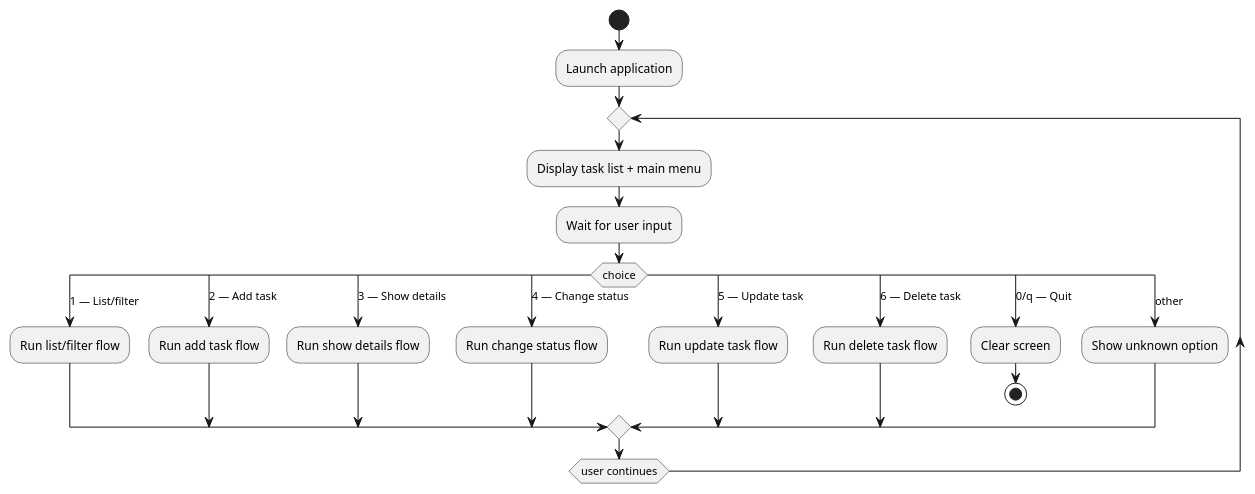
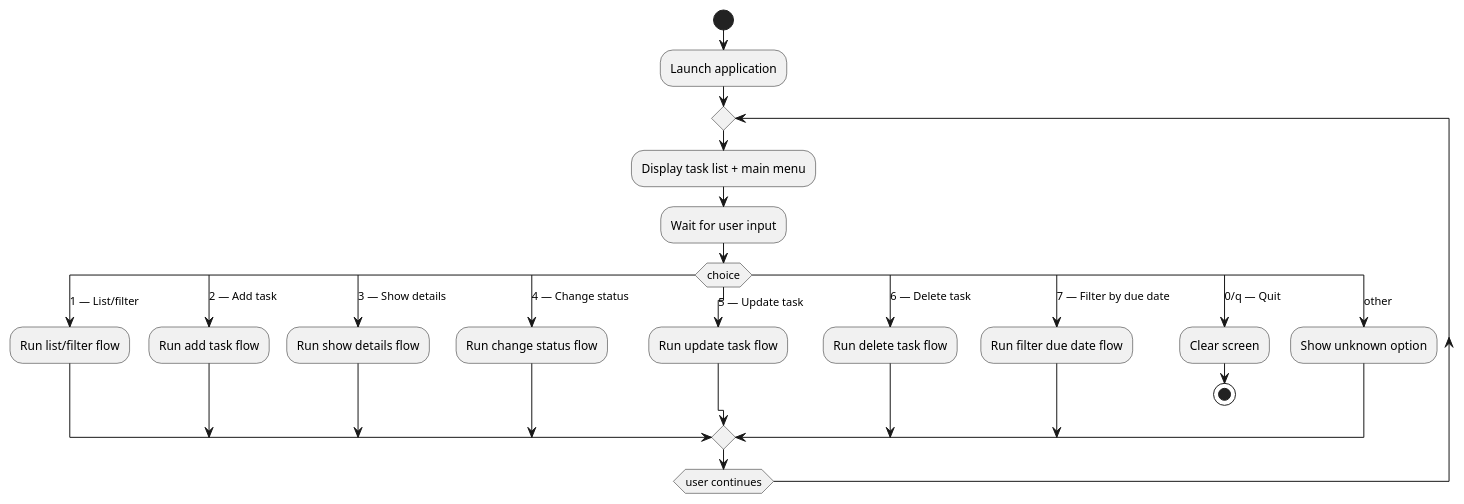
The diagram in experiments/pipeline/test_driven/TODO/artifacts/activity_diagram.puml (DanielRiha8906/Software_autoevolution_using_agents), drawn with PlantUML before and after one commit. The commit also changed 7 other files, not shown here.

First line of the commit message:
Task 05: Extend list_tasks with due date filtering

```diff
--- a/experiments/pipeline/test_driven/TODO/artifacts/activity_diagram.puml
+++ b/experiments/pipeline/test_driven/TODO/artifacts/activity_diagram.puml
@@ -1,32 +1,34 @@
 @startuml
 
 start
 :Launch application;
 
 repeat
   :Display task list + main menu;
   :Wait for user input;
 
   switch (choice)
     case (1 — List/filter)
       :Run list/filter flow;
     case (2 — Add task)
       :Run add task flow;
     case (3 — Show details)
       :Run show details flow;
     case (4 — Change status)
       :Run change status flow;
     case (5 — Update task)
       :Run update task flow;
     case (6 — Delete task)
       :Run delete task flow;
+    case (7 — Filter by due date)
+      :Run filter due date flow;
     case (0/q — Quit)
       :Clear screen;
       stop
     case (other)
       :Show unknown option;
   endswitch
 
 repeat while (user continues)
 
 @enduml
```
